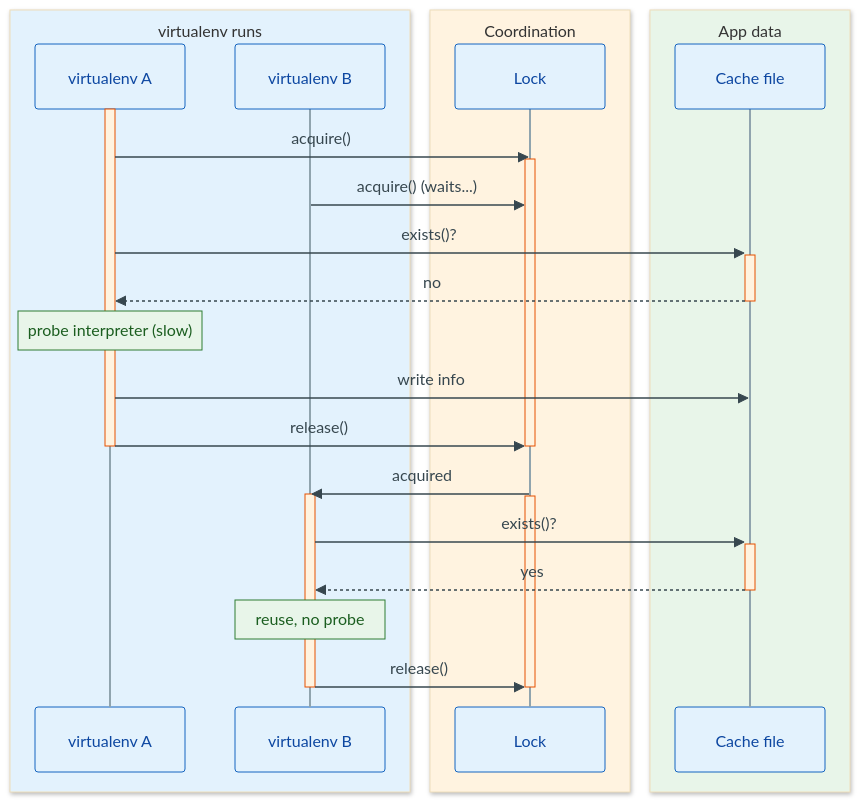
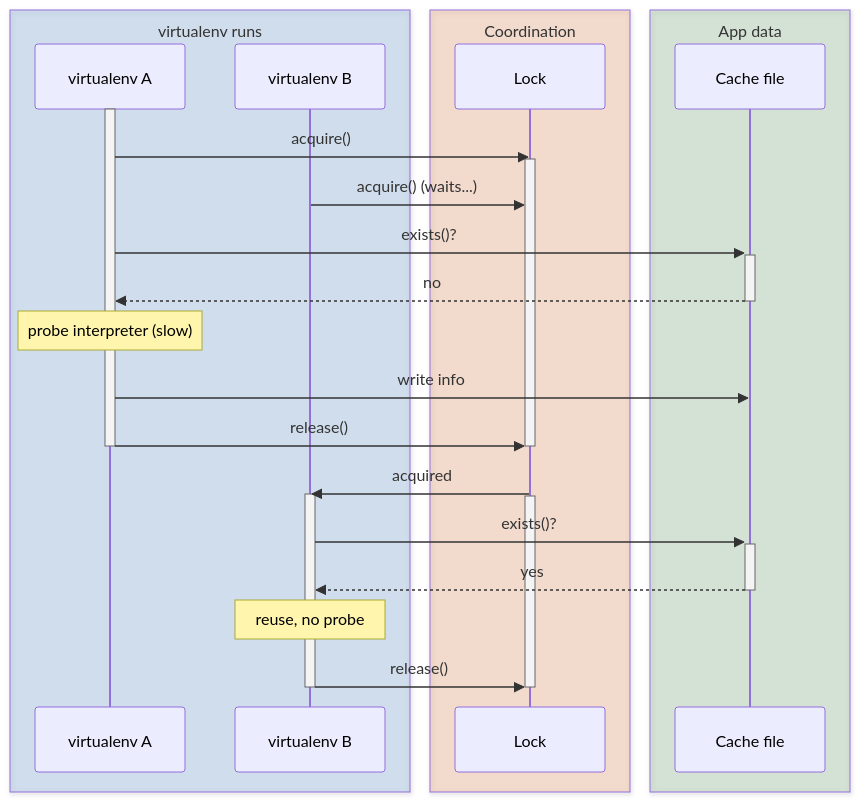
One commit to tox-dev/filelock changed the diagram in docs/tutorials.rst. Above: the diagram before and after it, drawn with Mermaid. The commit also changed 5 other files, not shown here.

```diff
--- a/docs/tutorials.rst
+++ b/docs/tutorials.rst
@@ -77,34 +77,33 @@
 .. mermaid::
 
-    %%{init: {'theme':'base','themeVariables':{'actorBkg':'#e3f2fd','actorBorder':'#1565c0','actorTextColor':'#0d47a1','actorLineColor':'#90a4ae','activationBkgColor':'#fff3e0','activationBorderColor':'#e65100','noteBkgColor':'#e8f5e9','noteBorderColor':'#2e7d32','noteTextColor':'#1b5e20','signalColor':'#37474f','signalTextColor':'#37474f','labelBoxBkgColor':'#ede7f6','labelBoxBorderColor':'#4527a0','labelTextColor':'#311b92','loopTextColor':'#311b92'}}}%%
     sequenceDiagram
-        box rgb(227, 242, 253) virtualenv runs
+        box rgba(21, 101, 192, 0.16) virtualenv runs
             participant A as virtualenv A
             participant B as virtualenv B
         end
-        box rgb(255, 243, 224) Coordination
+        box rgba(230, 81, 0, 0.16) Coordination
             participant L as Lock
         end
-        box rgb(232, 245, 233) App data
+        box rgba(46, 125, 50, 0.16) App data
             participant C as Cache file
         end
         activate A
         A->>L: acquire()
         activate L
         B->>L: acquire() (waits...)
         A->>+C: exists()?
         C-->>-A: no
         Note over A: probe interpreter (slow)
         A->>C: write info
         A->>L: release()
         deactivate L
         deactivate A
         L->>B: acquired
         activate B
         activate L
         B->>+C: exists()?
         C-->>-B: yes
         Note over B: reuse, no probe
         B->>L: release()
         deactivate L
         deactivate B
```
